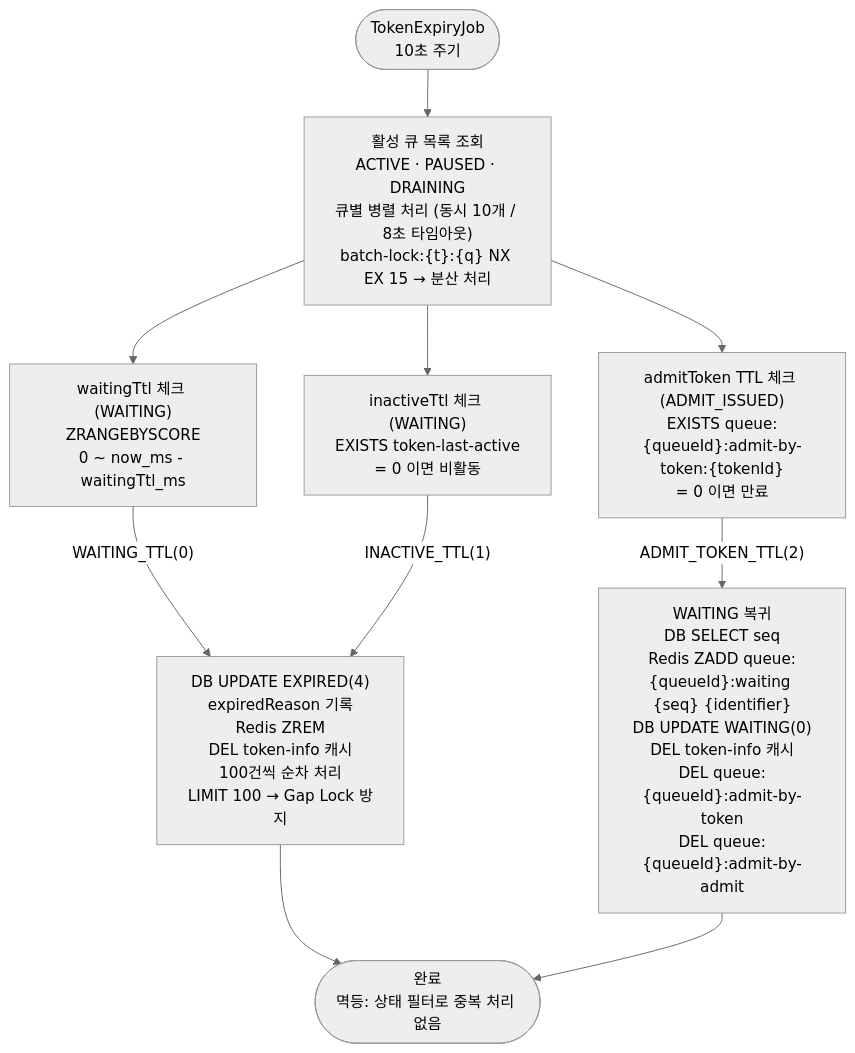
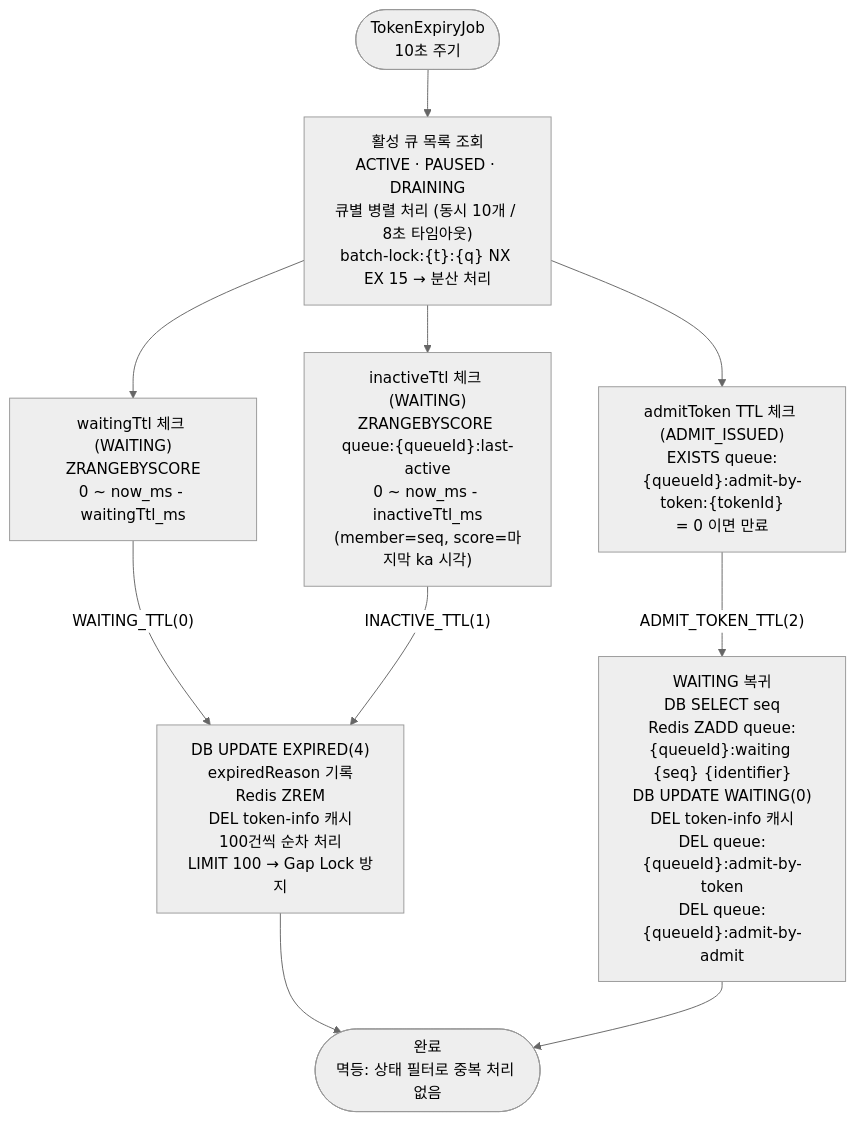
Before and after one commit to S-Onix/queue-platform: the sixth of 11 diagrams in doc/FLOW.md, drawn with Mermaid (neutral theme). The commit also changed other lines of this file and 7 other files, not shown here.

````diff
--- a/doc/FLOW.md
+++ b/doc/FLOW.md
@@ -218,19 +219,19 @@
 ```mermaid
 flowchart TD
     JOB(["TokenExpiryJob\n10초 주기"])
     --> ALIST["활성 큐 목록 조회\nACTIVE · PAUSED · DRAINING\n큐별 병렬 처리 (동시 10개 / 8초 타임아웃)\nbatch-lock:{t}:{q} NX EX 15 → 분산 처리"]
 
     ALIST --> W1 & W2 & W3
 
     W1["waitingTtl 체크 (WAITING)\nZRANGEBYSCORE\n0 ~ now_ms - waitingTtl_ms"]
-    W2["inactiveTtl 체크 (WAITING)\nEXISTS token-last-active\n= 0 이면 비활동"]
+    W2["inactiveTtl 체크 (WAITING)\nZRANGEBYSCORE queue:{queueId}:last-active\n0 ~ now_ms - inactiveTtl_ms\n(member=seq, score=마지막 ka 시각)"]
     W3["admitToken TTL 체크 (ADMIT_ISSUED)\nEXISTS queue:{queueId}:admit-by-token:{tokenId}\n= 0 이면 만료"]
 
     W1 -->|"WAITING_TTL(0)"| EXP["DB UPDATE EXPIRED(4)\nexpiredReason 기록\nRedis ZREM\nDEL token-info 캐시\n100건씩 순차 처리\nLIMIT 100 → Gap Lock 방지"]
     W2 -->|"INACTIVE_TTL(1)"| EXP
 
     W3 -->|"ADMIT_TOKEN_TTL(2)"| BACK["WAITING 복귀\nDB SELECT seq\nRedis ZADD queue:{queueId}:waiting {seq} {identifier}\nDB UPDATE WAITING(0)\nDEL token-info 캐시\nDEL queue:{queueId}:admit-by-token\nDEL queue:{queueId}:admit-by-admit"]
 
     EXP --> DONE(["완료\n멱등: 상태 필터로 중복 처리 없음"])
     BACK --> DONE
 ```
````
